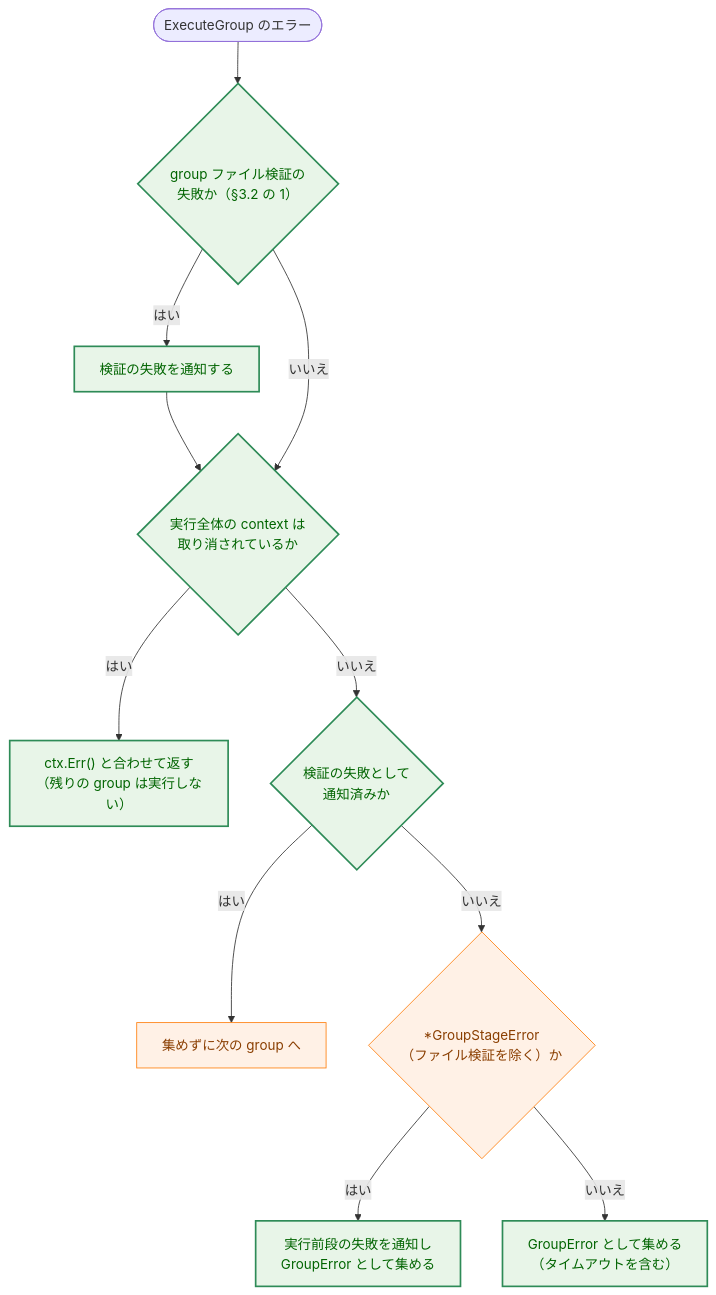
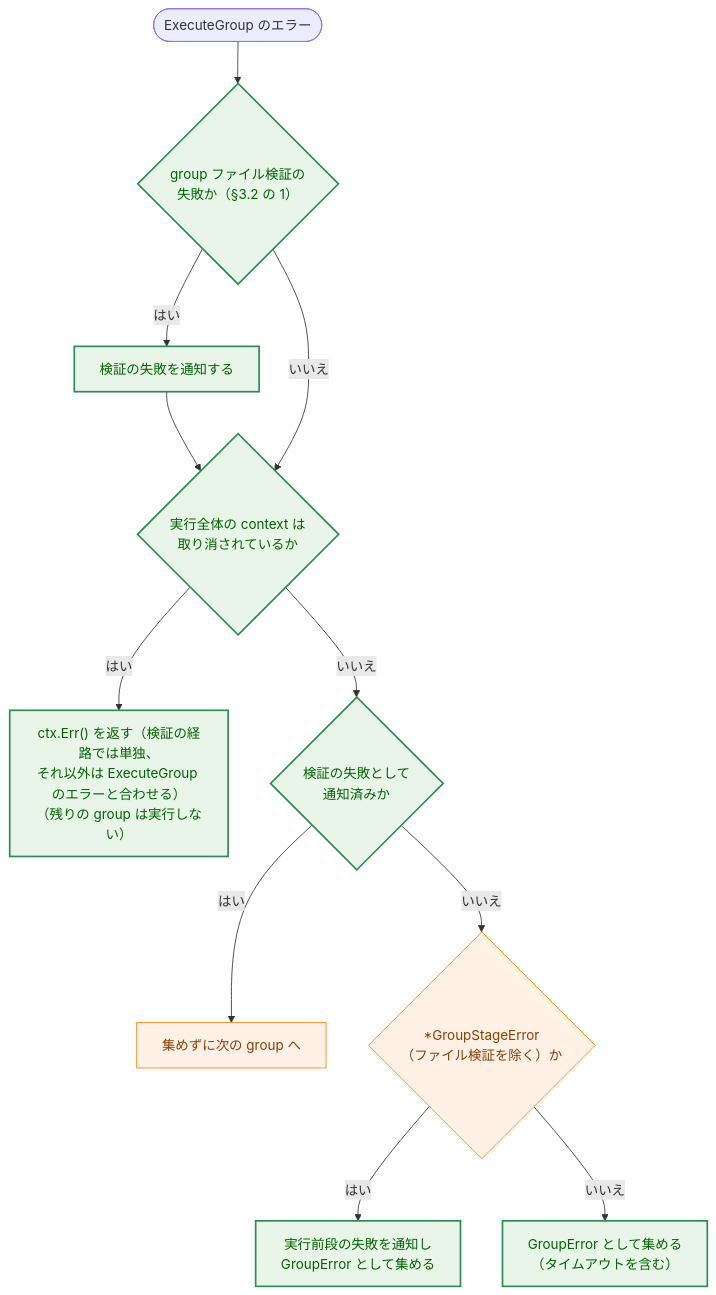
Before and after one commit to isseis/go-safe-cmd-runner: diagram 11 of 12 in docs/tasks/0177_multi_group_error_attribution/02_architecture.md, drawn with Mermaid. The commit also changed other lines of this file and 1 other file, not shown here.

````diff
--- a/docs/tasks/0177_multi_group_error_attribution/02_architecture.md
+++ b/docs/tasks/0177_multi_group_error_attribution/02_architecture.md
@@ -631,19 +653,19 @@
 ```mermaid
 flowchart TD
     classDef enhanced fill:#e8f5e8,stroke:#2e8b57,stroke-width:2px,color:#006400;
     classDef process fill:#fff1e6,stroke:#ff7f0e,stroke-width:1px,color:#8a3e00;
 
     E(["ExecuteGroup のエラー"]) --> Q0{"group ファイル検証の<br>失敗か（§3.2 の 1）"}
     Q0 -->|"はい"| N0["検証の失敗を通知する"]
     N0 --> Q1
     Q0 -->|"いいえ"| Q1{"実行全体の context は<br>取り消されているか"}
-    Q1 -->|"はい"| R1["ctx.Err() と合わせて返す<br>（残りの group は実行しない）"]
+    Q1 -->|"はい"| R1["ctx.Err() を返す（検証の経路では単独、<br>それ以外は ExecuteGroup のエラーと合わせる）<br>（残りの group は実行しない）"]
     Q1 -->|"いいえ"| Q9{"検証の失敗として<br>通知済みか"}
     Q9 -->|"はい"| R9["集めずに次の group へ"]
     Q9 -->|"いいえ"| Q2{"*GroupStageError<br>（ファイル検証を除く）か"}
     Q2 -->|"はい"| R2["実行前段の失敗を通知し<br>GroupError として集める"]
     Q2 -->|"いいえ"| R4["GroupError として集める<br>（タイムアウトを含む）"]
 
     class Q0,N0,Q1,R1,Q9,R2,R4 enhanced
     class Q2,R9 process
 ```
````
